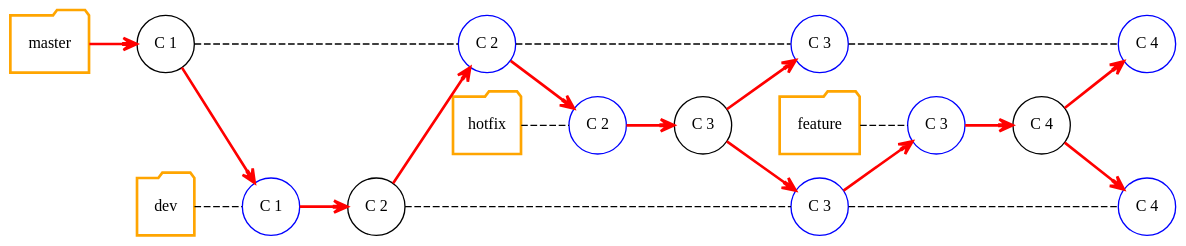
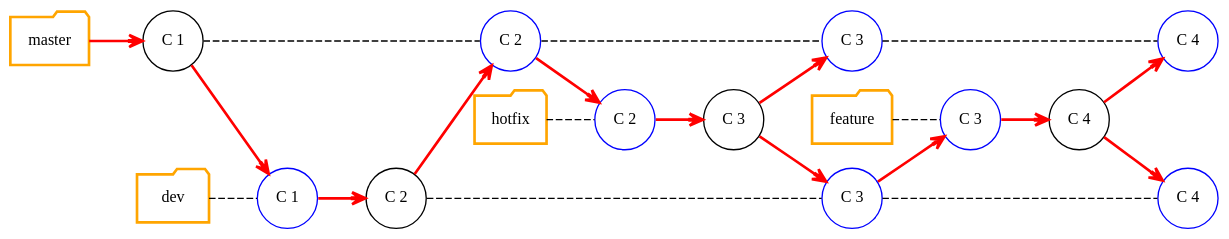
The diagram in slides/intro/src/docs/asciidoc/graphviz/git-branch-model.dot (Gepardec/git-training), drawn with Graphviz before and after one commit. The commit also changed 15 other files, not shown here.

```diff
--- a/slides/intro/src/docs/asciidoc/graphviz/git-branch-model.dot
+++ b/slides/intro/src/docs/asciidoc/graphviz/git-branch-model.dot
@@ -1,77 +1,77 @@
 digraph git_branch_model {
   splines=line
   rankdir="LR"
   bgcolor="transparent"
 
   /* Global Node/Edge config */
-  edge[weight=2,arrowhead=open]
+  edge[arrowhead=open]
 
   /* Nodes representing the branches */
-  node[width=0.6,height=0.6, fontsize=12.0,style="bold", shape=folder, color=orange]
+  node[ fontsize=12.0,style="bold", shape=folder, color=orange]
   master [group="master"]
   dev [group="dev"]
   hotfix [group="hotfix"]
   feature [group="feature"]
 
   /* Nodes representing commit */
-  node[width=0.6,height=0.6, fontsize=12.0,style="",shape=circle, color=""]
+  node[ fontsize=12.0,style="",shape=circle, color=""]
   C_1[label="C 1", group="master"]
   C_2[label="C 2", group="dev"]
   C_3[label="C 3", group="hotfix"]
   C_4[label="C 4", group="feature"]
 
   /* Nodes representing pointer */
   node[color="blue"]
   C_2_M [label="C 2", group="master"]
   C_3_M [label="C 3", group="master"]
   C_1_D [label="C 1", group="dev"]
   C_3_D [label="C 3", group="dev"]
   C_2_H [label="C 2", group="hotfix"]
   C_3_F [label="C 3", group="feature"]
   C_4_D [label="C 4", group="dev"]
   C_4_M [label="C 4", group="master"]
 
   /* Connect hidden branch name nodes
   master -> dev -> hotfix -> feature  [style="invis"] */
 
   edge[arrowhead=none, style="dashed"]
   /* Define master branch commits */
   master -> C_1 [arrowhead=open, color="red", style="bold"]
   C_1 -> C_2_M [arrowhead=none, style="dashed"]
   C_2_M -> C_3_M
   C_3_M -> C_4_M
 
   /* Define dev branch commits */
   dev -> C_1_D
   C_1_D -> C_2 [arrowhead=open, color="red", style="bold"]
   C_2 -> C_3_D
   C_3_D -> C_4_D
 
   /* Define hotfix branch commits */
   hotfix -> C_2_H
   C_2_H -> C_3 [arrowhead=open, color="red", style="bold"]
 
   /* Define feature branch commits */
   feature -> C_3_F
   C_3_F -> C_4 [arrowhead=open, color="red", style="bold"]
 
   edge[color="red", arrowhead=open,  style="bold"]
   /* 1. inter branch commit */
   C_1 -> C_1_D
 
   /* 2. inter branch commit */
   C_2 -> C_2_M
 
   /* 3.  inter branch commit */
   C_2_M -> C_2_H
 
   /* 4.  inter branch commit */
   C_3 -> { C_3_D C_3_M }
 
   /* 5. inter branch commit */
   C_3_D -> C_3_F
 
   /* 5. inter branch commit */
   C_4 -> {C_4_D C_4_M}
 
 }
```
